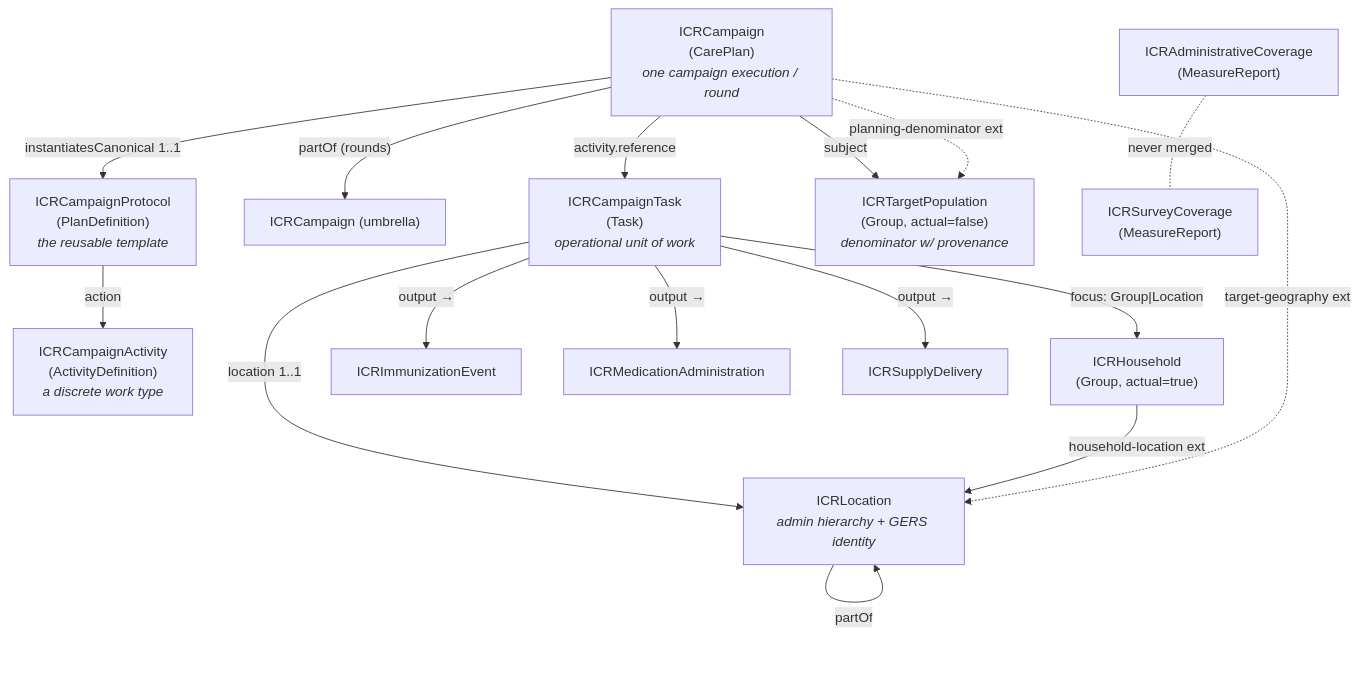
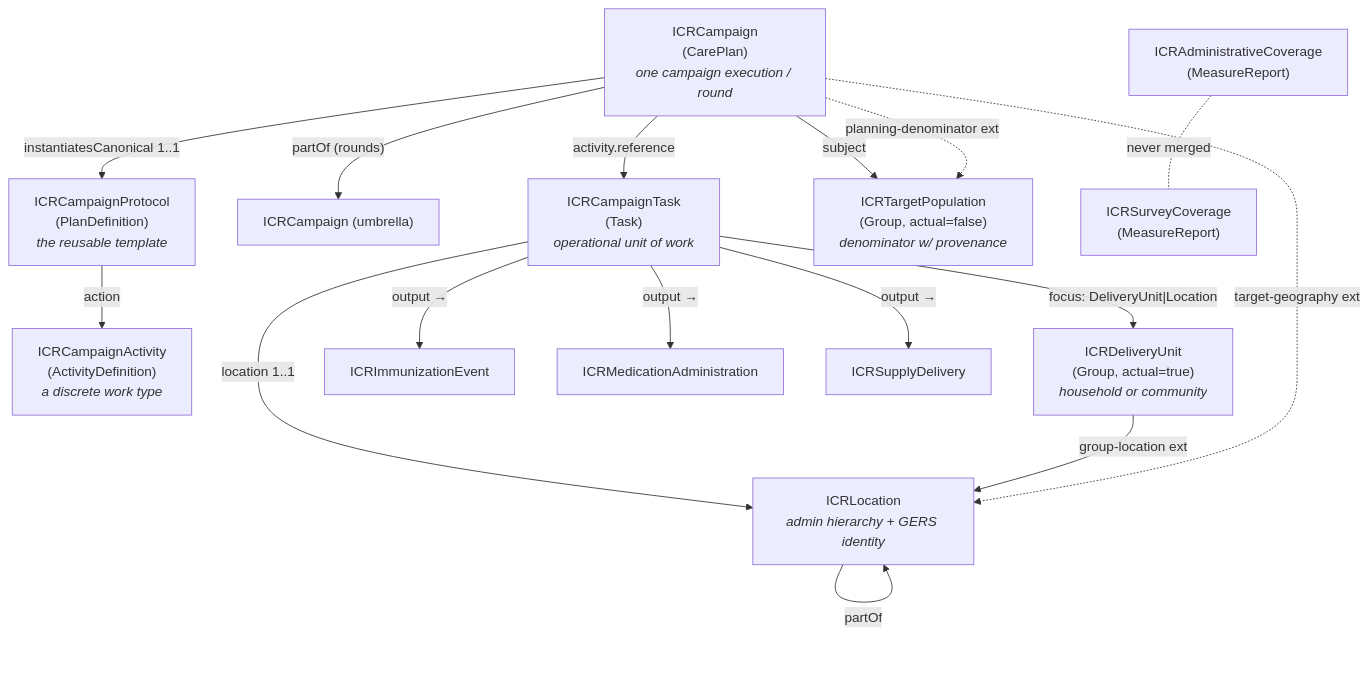
Before and after one commit to recodelabs/icr: the diagram in project/ig-info.md, drawn with Mermaid. The commit also changed other lines of this file, not shown here.

````diff
--- a/project/ig-info.md
+++ b/project/ig-info.md
@@ -90,32 +93,32 @@
 ```mermaid
 graph TD
     PD["ICRCampaignProtocol<br/>(PlanDefinition)<br/><i>the reusable template</i>"]
     AD["ICRCampaignActivity<br/>(ActivityDefinition)<br/><i>a discrete work type</i>"]
     CP["ICRCampaign<br/>(CarePlan)<br/><i>one campaign execution / round</i>"]
     CPU["ICRCampaign (umbrella)"]
     T["ICRCampaignTask<br/>(Task)<br/><i>operational unit of work</i>"]
     TP["ICRTargetPopulation<br/>(Group, actual=false)<br/><i>denominator w/ provenance</i>"]
-    HH["ICRHousehold<br/>(Group, actual=true)"]
+    HH["ICRDeliveryUnit<br/>(Group, actual=true)<br/><i>household or community</i>"]
     L["ICRLocation<br/><i>admin hierarchy + GERS identity</i>"]
     IMM["ICRImmunizationEvent"]
     MED["ICRMedicationAdministration"]
     SUP["ICRSupplyDelivery"]
     AC["ICRAdministrativeCoverage<br/>(MeasureReport)"]
     SC["ICRSurveyCoverage<br/>(MeasureReport)"]
 
     PD -- "action" --> AD
     CP -- "instantiatesCanonical 1..1" --> PD
     CP -- "partOf (rounds)" --> CPU
     CP -- "subject" --> TP
     CP -- "activity.reference" --> T
-    T -- "focus: Group|Location" --> HH
+    T -- "focus: DeliveryUnit|Location" --> HH
     T -- "location 1..1" --> L
     T -- "output →" --> IMM
     T -- "output →" --> MED
     T -- "output →" --> SUP
-    HH -- "household-location ext" --> L
+    HH -- "group-location ext" --> L
     L -- "partOf" --> L
     CP -. "planning-denominator ext" .-> TP
     CP -. "target-geography ext" .-> L
     AC -. "never merged" .- SC
 ```
````
